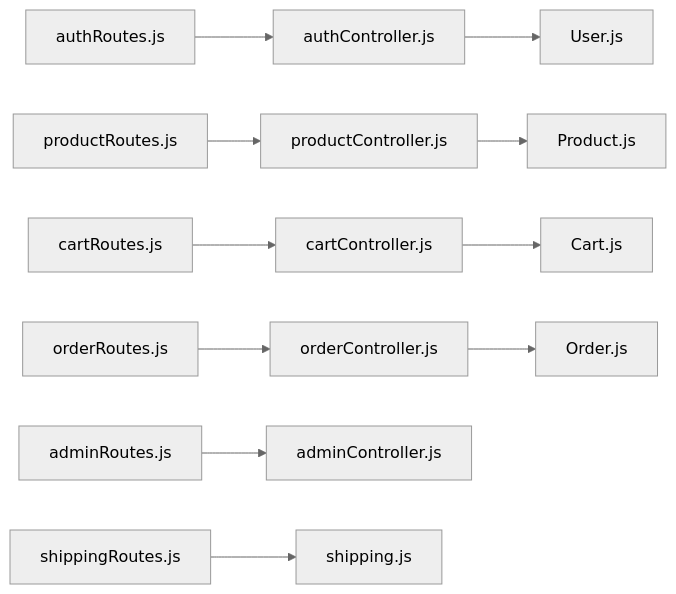
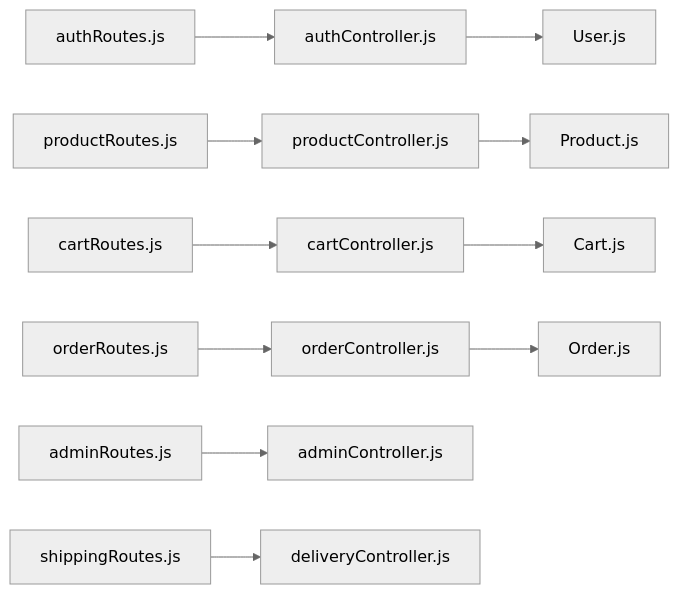
The ninth of 10 diagrams in .qoder/repowiki/en/content/Backend API Documentation/Backend API Documentation.md (Pavan-PSPK9032/TrendsandToss), drawn with Mermaid (neutral theme) before and after one commit. The commit also changed other lines of this file and 16 other files, not shown here.

````diff
--- a/.qoder/repowiki/en/content/Backend API Documentation/Backend API Documentation.md
+++ b/.qoder/repowiki/en/content/Backend API Documentation/Backend API Documentation.md
@@ -453,13 +470,13 @@
 ```mermaid
 graph LR
 AR["authRoutes.js"] --> AC["authController.js"]
 PR["productRoutes.js"] --> PC["productController.js"]
 CR["cartRoutes.js"] --> CC["cartController.js"]
 OR["orderRoutes.js"] --> OC["orderController.js"]
 Adr["adminRoutes.js"] --> ADC["adminController.js"]
-Sr["shippingRoutes.js"] --> SCfg["shipping.js"]
+Sr["shippingRoutes.js"] --> DC["deliveryController.js"]
 PC --> PM["Product.js"]
 CC --> CM["Cart.js"]
 OC --> OM["Order.js"]
 AC --> UM["User.js"]
 ```
````
